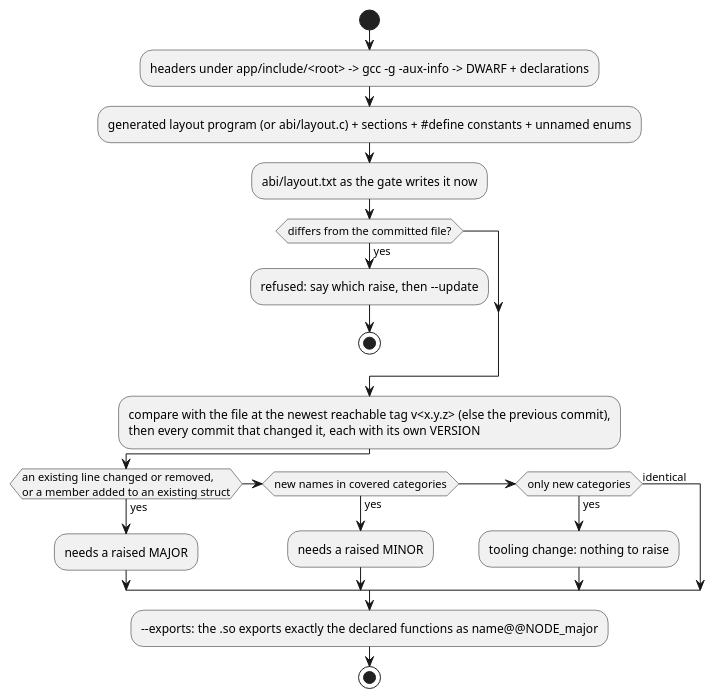
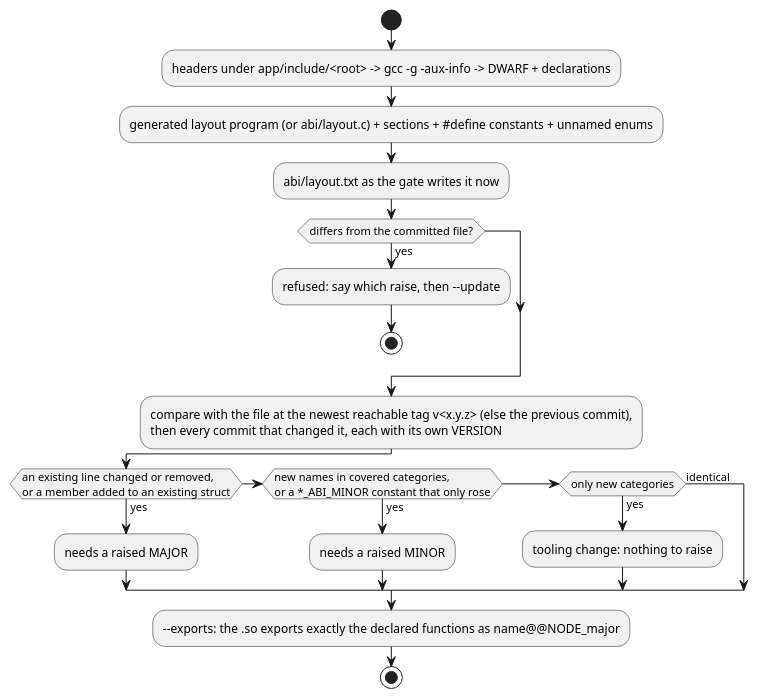
The diagram in docs/diagrams/abi_gate.puml (RomanHorshkov/kyr_build), drawn with PlantUML before and after one commit. The commit also changed 4 other files, not shown here.

Commit message:
ABI gate: a *_ABI_MINOR constant that only rises needs a raised minor; lowering it or changing any other ABI constant still needs a major; IT on a scratch library

```diff
--- a/docs/diagrams/abi_gate.puml
+++ b/docs/diagrams/abi_gate.puml
@@ -1,22 +1,22 @@
 @startuml
 ' claim: what an ABI change needs is decided by comparing abi/layout.txt with the last release, line by line
 start
 :headers under app/include/<root> -> gcc -g -aux-info -> DWARF + declarations;
 :generated layout program (or abi/layout.c) + sections + #define constants + unnamed enums;
 :abi/layout.txt as the gate writes it now;
 if (differs from the committed file?) then (yes)
   :refused: say which raise, then --update;
   stop
 endif
 :compare with the file at the newest reachable tag v<x.y.z> (else the previous commit),\nthen every commit that changed it, each with its own VERSION;
 if (an existing line changed or removed,\nor a member added to an existing struct) then (yes)
   :needs a raised MAJOR;
-elseif (new names in covered categories) then (yes)
+elseif (new names in covered categories,\nor a *_ABI_MINOR constant that only rose) then (yes)
   :needs a raised MINOR;
 elseif (only new categories) then (yes)
   :tooling change: nothing to raise;
 else (identical)
 endif
 :--exports: the .so exports exactly the declared functions as name@@NODE_major;
 stop
 @enduml
```
